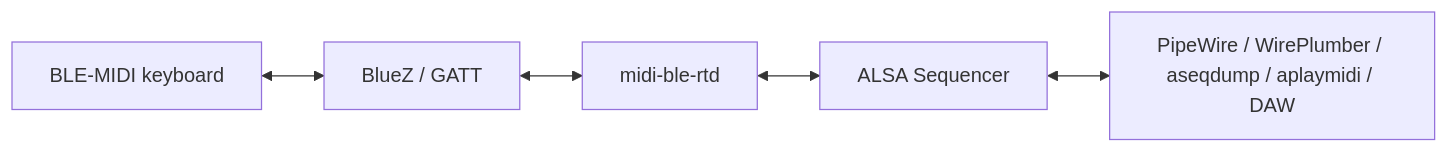
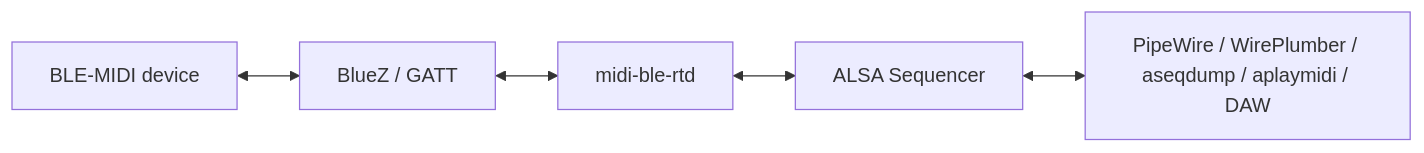
The diagram in README.md (mwprado/midi-ble-rt), drawn with Mermaid before and after one commit. The commit also changed other lines of this file, not shown here.

Commit message:
Document generic BLE-MIDI device usage

````diff
--- a/README.md
+++ b/README.md
@@ -33,7 +35,7 @@
 ```mermaid
 flowchart LR
-    K[BLE-MIDI keyboard] <--> B[BlueZ / GATT]
+    M[BLE-MIDI device] <--> B[BlueZ / GATT]
     B <--> D[midi-ble-rtd]
     D <--> A[ALSA Sequencer]
     A <--> P[PipeWire / WirePlumber / aseqdump / aplaymidi / DAW]
 ```
````
